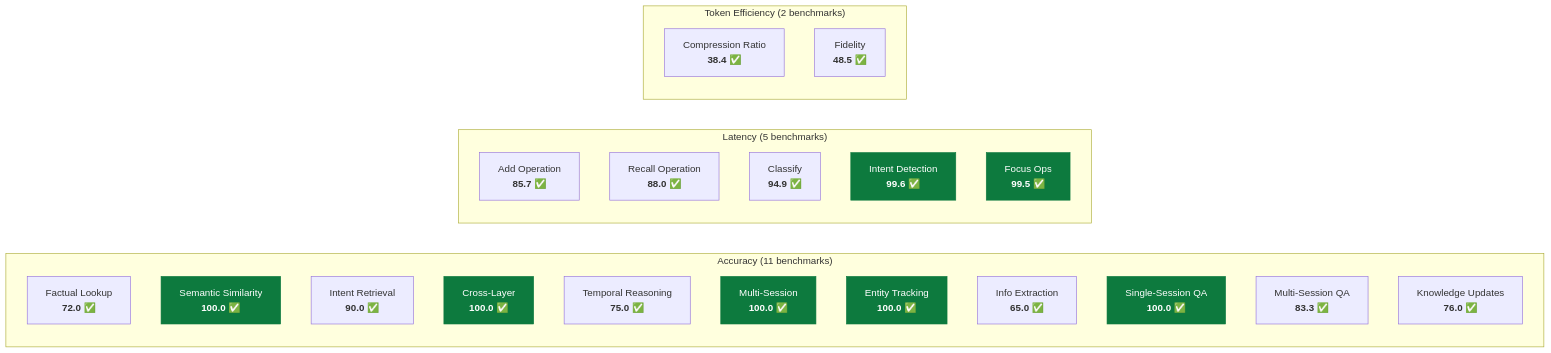
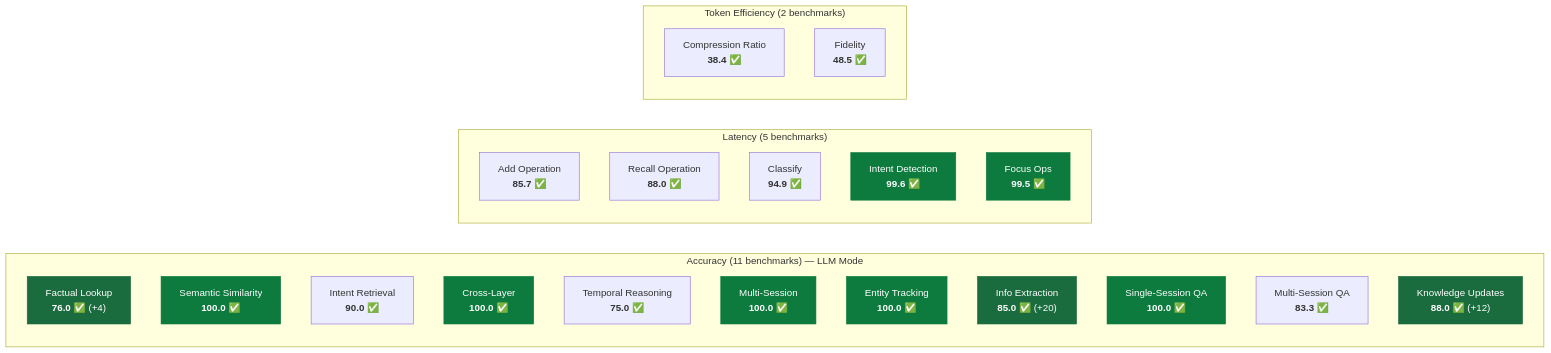
One commit to TC407-api/titan-memory changed the eighth of 10 diagrams in README.md. Above: the diagram before and after it, drawn with Mermaid. The commit also changed other lines of this file and 13 other files, not shown here.

````diff
--- a/README.md
+++ b/README.md
@@ -345,37 +365,40 @@
 ```mermaid
 graph LR
-    subgraph ACC["Accuracy (11 benchmarks)"]
-        A1["Factual Lookup<br/><b>72.0</b> ✅"]
+    subgraph ACC["Accuracy (11 benchmarks) — LLM Mode"]
+        A1["Factual Lookup<br/><b>76.0</b> ✅ (+4)"]
         A2["Semantic Similarity<br/><b>100.0</b> ✅"]
         A3["Intent Retrieval<br/><b>90.0</b> ✅"]
         A4["Cross-Layer<br/><b>100.0</b> ✅"]
         A5["Temporal Reasoning<br/><b>75.0</b> ✅"]
         A6["Multi-Session<br/><b>100.0</b> ✅"]
         A7["Entity Tracking<br/><b>100.0</b> ✅"]
-        A8["Info Extraction<br/><b>65.0</b> ✅"]
+        A8["Info Extraction<br/><b>85.0</b> ✅ (+20)"]
         A9["Single-Session QA<br/><b>100.0</b> ✅"]
         A10["Multi-Session QA<br/><b>83.3</b> ✅"]
-        A11["Knowledge Updates<br/><b>76.0</b> ✅"]
+        A11["Knowledge Updates<br/><b>88.0</b> ✅ (+12)"]
     end
 
     subgraph LAT["Latency (5 benchmarks)"]
         L1["Add Operation<br/><b>85.7</b> ✅"]
         L2["Recall Operation<br/><b>88.0</b> ✅"]
         L3["Classify<br/><b>94.9</b> ✅"]
         L4["Intent Detection<br/><b>99.6</b> ✅"]
         L5["Focus Ops<br/><b>99.5</b> ✅"]
     end
 
     subgraph TOK["Token Efficiency (2 benchmarks)"]
         T1["Compression Ratio<br/><b>38.4</b> ✅"]
         T2["Fidelity<br/><b>48.5</b> ✅"]
     end
 
+    style A1 fill:#1a6b3e,stroke:#1a6b3e,color:#fff
     style A2 fill:#0d7a3e,stroke:#0d7a3e,color:#fff
     style A4 fill:#0d7a3e,stroke:#0d7a3e,color:#fff
     style A6 fill:#0d7a3e,stroke:#0d7a3e,color:#fff
     style A7 fill:#0d7a3e,stroke:#0d7a3e,color:#fff
+    style A8 fill:#1a6b3e,stroke:#1a6b3e,color:#fff
     style A9 fill:#0d7a3e,stroke:#0d7a3e,color:#fff
+    style A11 fill:#1a6b3e,stroke:#1a6b3e,color:#fff
     style L4 fill:#0d7a3e,stroke:#0d7a3e,color:#fff
     style L5 fill:#0d7a3e,stroke:#0d7a3e,color:#fff
 ```
````
